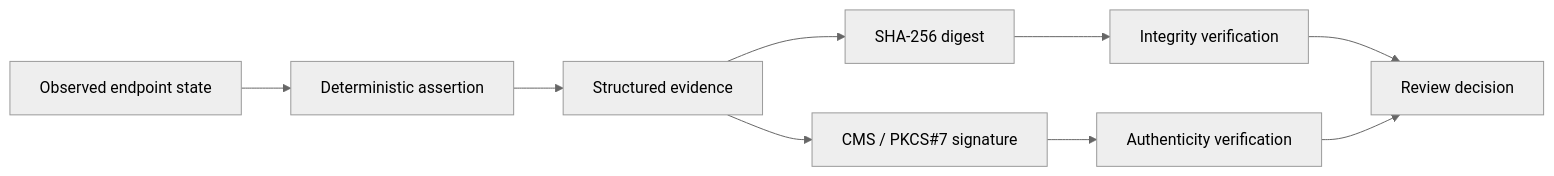
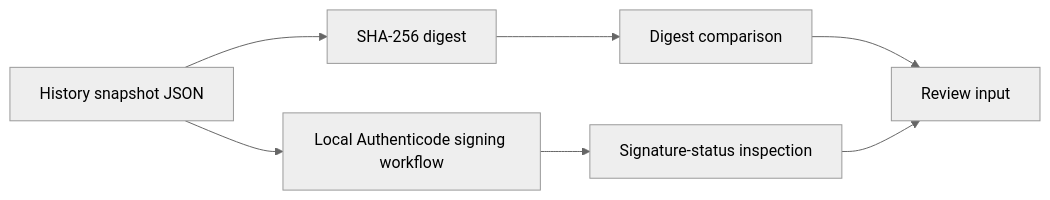
The third of 3 diagrams in README.md (AndresMaqueo/maqueosystem-security-docs), drawn with Mermaid (neutral theme) before and after one commit. The commit also changed other lines of this file, not shown here.

````diff
--- a/README.md
+++ b/README.md
@@ -162,11 +161,9 @@
 ```mermaid
 flowchart LR
-    A[Observed endpoint state] --> B[Deterministic assertion]
-    B --> C[Structured evidence]
-    C --> D[SHA-256 digest]
-    C --> E[CMS / PKCS#7 signature]
-    D --> F[Integrity verification]
-    E --> G[Authenticity verification]
-    F --> H[Review decision]
-    G --> H
+    A[History snapshot JSON] --> B[SHA-256 digest]
+    A --> C[Local Authenticode signing workflow]
+    B --> D[Digest comparison]
+    C --> E[Signature-status inspection]
+    D --> F[Review input]
+    E --> F
 ```
````
